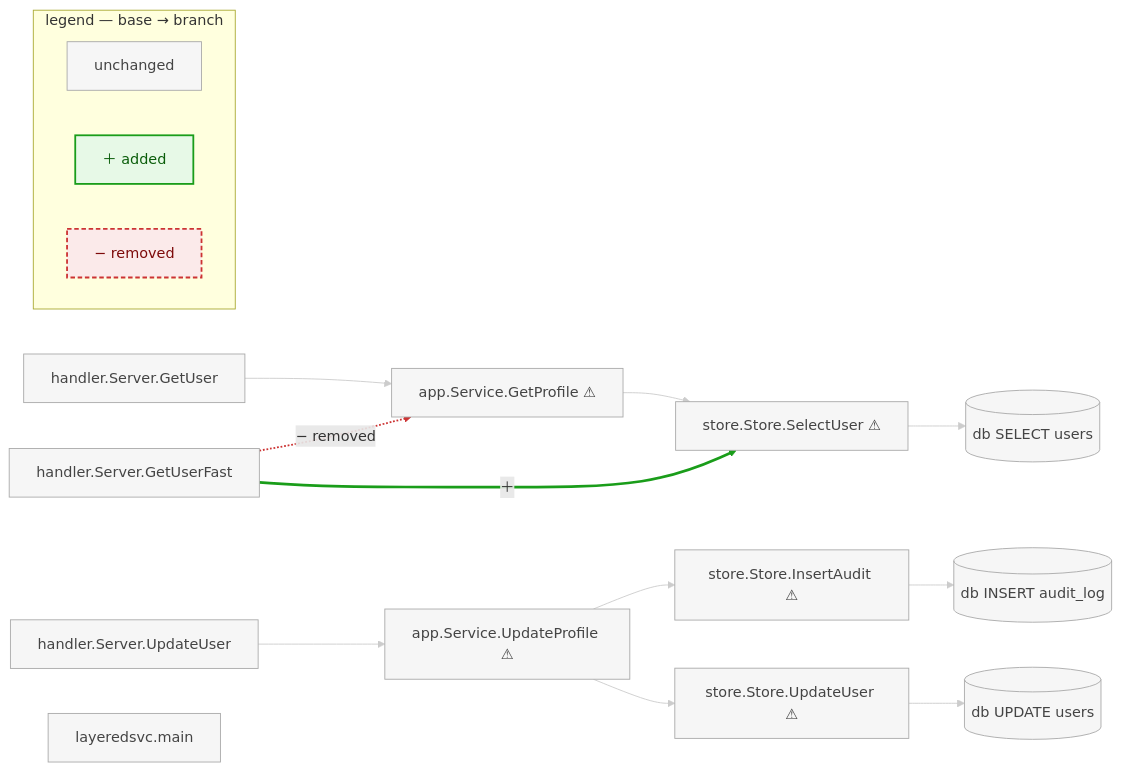
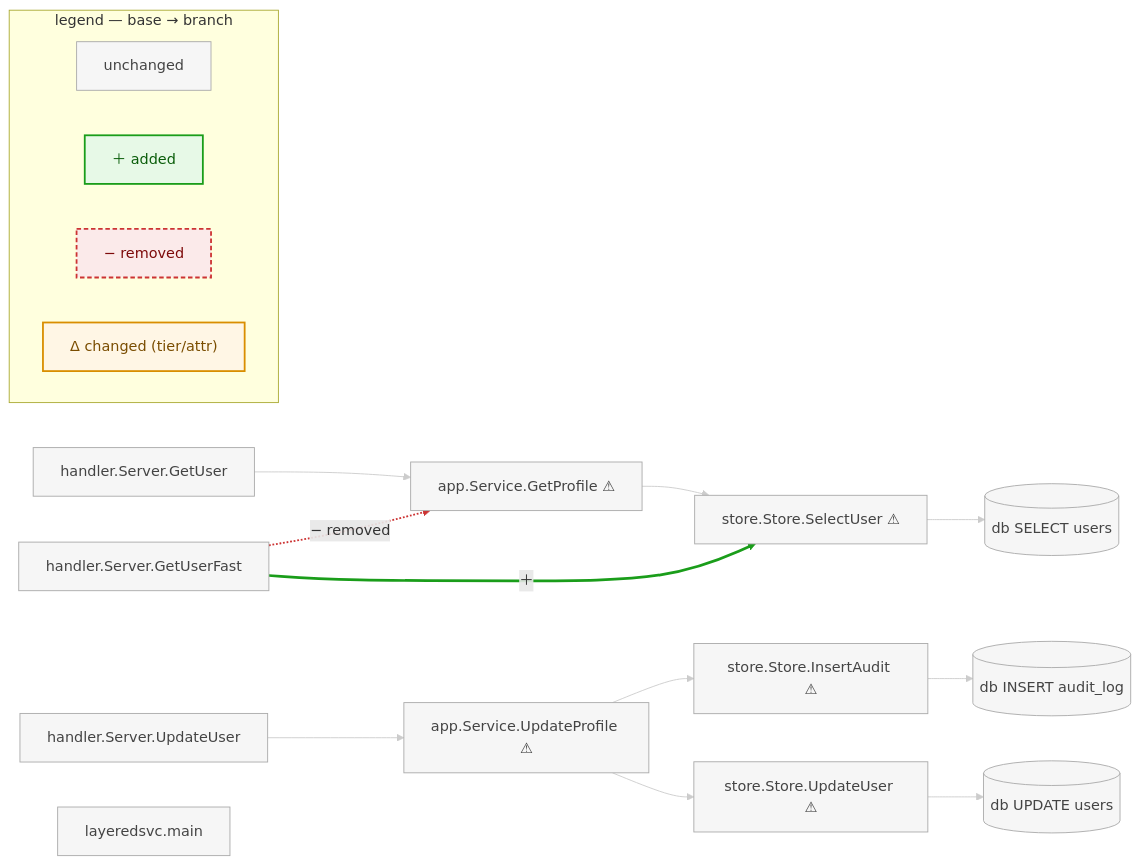
Before and after one commit to jyang234/verdi-go: the diagram in testdata/groundwork/goldens/layeredsvc.rewire.callgraph-diff.md, drawn with Mermaid. The commit also changed 13 other files, not shown here.

````diff
--- a/testdata/groundwork/goldens/layeredsvc.rewire.callgraph-diff.md
+++ b/testdata/groundwork/goldens/layeredsvc.rewire.callgraph-diff.md
@@ -1,39 +1,41 @@
 ```mermaid
 flowchart LR
     %% call-graph diff — base → branch (a view, never a gate)
     %% 5 unchanged nodes above tier 2 hidden; changed nodes are always shown
     subgraph legend["legend — base → branch"]
         direction LR
         lg_kept["unchanged"]:::kept
         lg_added["＋ added"]:::added
         lg_removed["− removed"]:::removed
+        lg_changed["Δ changed (tier/attr)"]:::changed
     end
     app_Service_GetProfile["app.Service.GetProfile ⚠"]:::kept
     app_Service_UpdateProfile["app.Service.UpdateProfile ⚠"]:::kept
     handler_Server_GetUser["handler.Server.GetUser"]:::kept
     handler_Server_GetUserFast["handler.Server.GetUserFast"]:::kept
     handler_Server_UpdateUser["handler.Server.UpdateUser"]:::kept
     store_Store_InsertAudit["store.Store.InsertAudit ⚠"]:::kept
     store_Store_SelectUser["store.Store.SelectUser ⚠"]:::kept
     store_Store_UpdateUser["store.Store.UpdateUser ⚠"]:::kept
     layeredsvc_main["layeredsvc.main"]:::kept
     db_db_INSERT_audit_log[("db INSERT audit_log")]:::kept
     db_db_SELECT_users[("db SELECT users")]:::kept
     db_db_UPDATE_users[("db UPDATE users")]:::kept
     app_Service_GetProfile --> store_Store_SelectUser
     app_Service_UpdateProfile --> store_Store_InsertAudit
     app_Service_UpdateProfile --> store_Store_UpdateUser
     handler_Server_GetUser --> app_Service_GetProfile
     handler_Server_GetUserFast -.->|− removed| app_Service_GetProfile
     handler_Server_GetUserFast ==>|＋| store_Store_SelectUser
     handler_Server_UpdateUser --> app_Service_UpdateProfile
     store_Store_InsertAudit --> db_db_INSERT_audit_log
     store_Store_SelectUser --> db_db_SELECT_users
     store_Store_UpdateUser --> db_db_UPDATE_users
     linkStyle 5 stroke:#1a9d1a,stroke-width:3px
     linkStyle 4 stroke:#cc3333,stroke-width:2px
     linkStyle 0,1,2,3,6,7,8,9 stroke:#cccccc
     classDef kept fill:#f6f6f6,stroke:#aaaaaa,color:#444444
     classDef added fill:#e7f9e7,stroke:#1a9d1a,stroke-width:2px,color:#0a5d0a
     classDef removed fill:#fbeaea,stroke:#cc3333,stroke-width:2px,stroke-dasharray:5 3,color:#7d0a0a
+    classDef changed fill:#fff6e5,stroke:#d98e00,stroke-width:2px,color:#7a4d00
 ```
````
